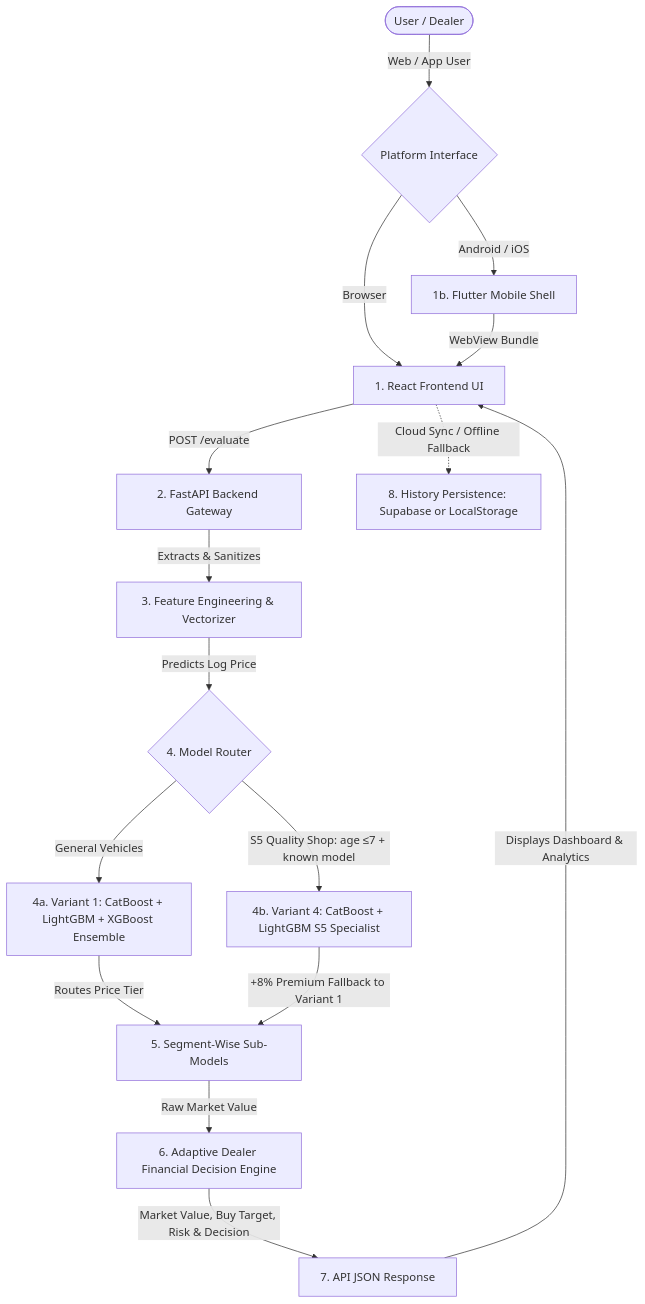
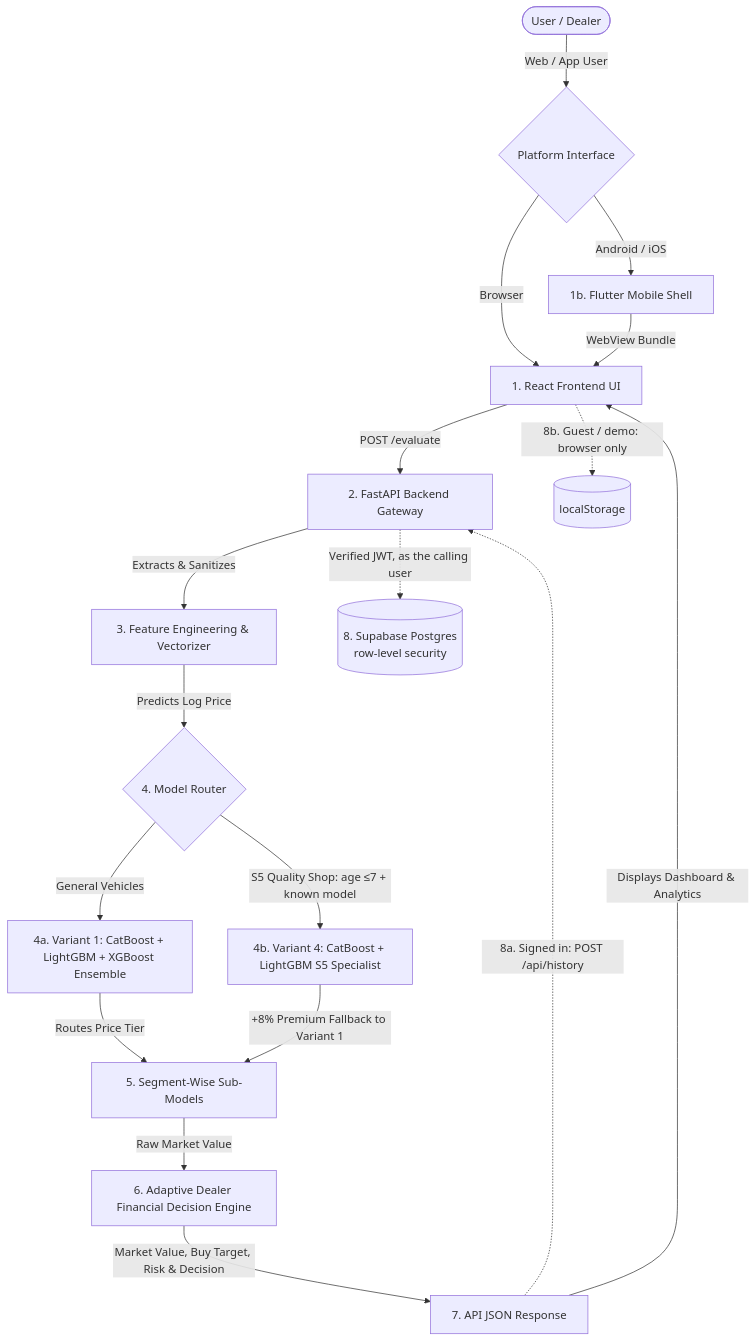
One commit to Hars03082005/Autopricer changed the first of 3 diagrams in README.md. Above: the diagram before and after it, drawn with Mermaid. The commit also changed other lines of this file and 42 other files, not shown here.

````diff
--- a/README.md
+++ b/README.md
@@ -13,18 +13,20 @@
 ```mermaid
 graph TD
     User([User / Dealer]) -->|Web / App User| UISelector{Platform Interface}
     UISelector -->|Browser| Frontend[1. React Frontend UI]
     UISelector -->|Android / iOS| MobileApp[1b. Flutter Mobile Shell]
     MobileApp -->|WebView Bundle| Frontend
     Frontend -->|POST /evaluate| FastAPI[2. FastAPI Backend Gateway]
     FastAPI -->|Extracts & Sanitizes| FE[3. Feature Engineering & Vectorizer]
     FE -->|Predicts Log Price| ModelRouter{4. Model Router}
     ModelRouter -->|General Vehicles| Ensemble[4a. Variant 1: CatBoost + LightGBM + XGBoost Ensemble]
     ModelRouter -->|S5 Quality Shop: age ≤7 + known model| S5Model[4b. Variant 4: CatBoost + LightGBM S5 Specialist]
     Ensemble -->|Routes Price Tier| SegRouting[5. Segment-Wise Sub-Models]
     S5Model -->|+8% Premium Fallback to Variant 1| SegRouting
     SegRouting -->|Raw Market Value| Decision[6. Adaptive Dealer Financial Decision Engine]
     Decision -->|Market Value, Buy Target, Risk & Decision| APIResp[7. API JSON Response]
     APIResp -->|Displays Dashboard & Analytics| Frontend
-    Frontend -.->|Cloud Sync / Offline Fallback| Sync[8. History Persistence: Supabase or LocalStorage]
+    APIResp -.->|8a. Signed in: POST /api/history| FastAPI
+    FastAPI -.->|Verified JWT, as the calling user| Sync[(8. Supabase Postgres<br/>row-level security)]
+    Frontend -.->|8b. Guest / demo: browser only| Local[(localStorage)]
 ```
````
